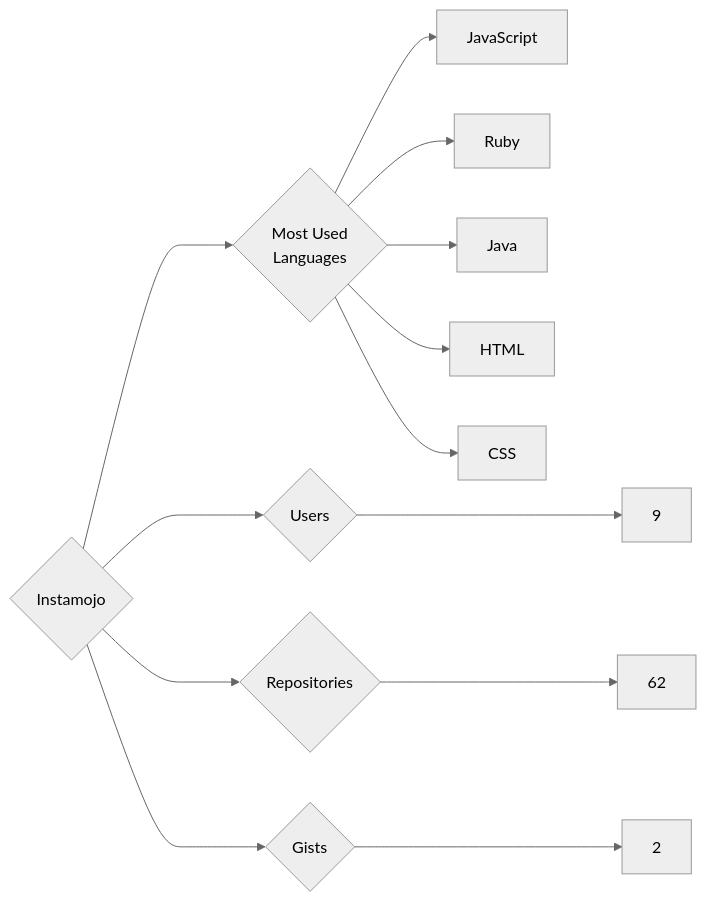
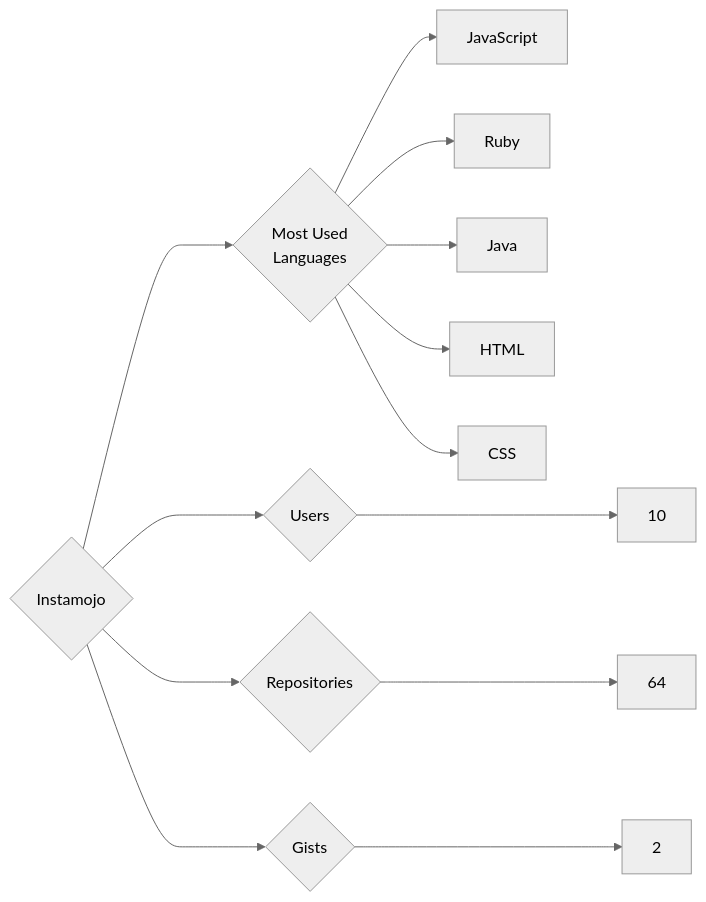
Before and after one commit to trickest/insiders: the diagram in targets/Instamojo/README.md, drawn with Mermaid (neutral theme). The commit also changed 988 other files, not shown here.

````diff
--- a/targets/Instamojo/README.md
+++ b/targets/Instamojo/README.md
@@ -3,13 +3,13 @@
 ```mermaid
 graph LR
 COMPANY_NAME{Instamojo}
-COMPANY_NAME ---> U{Users} ---> UN[9]
-COMPANY_NAME ---> R{Repositories} ---> RN[62]
+COMPANY_NAME ---> U{Users} ---> UN[10]
+COMPANY_NAME ---> R{Repositories} ---> RN[64]
 COMPANY_NAME ---> G{Gists} ---> GN[2]
 COMPANY_NAME ---> ML{Most Used<br>Languages}
 ML --> JavaScript[JavaScript]
 ML --> Ruby[Ruby]
 ML --> Java[Java]
 ML --> HTML[HTML]
 ML --> CSS[CSS]
 ```
````
